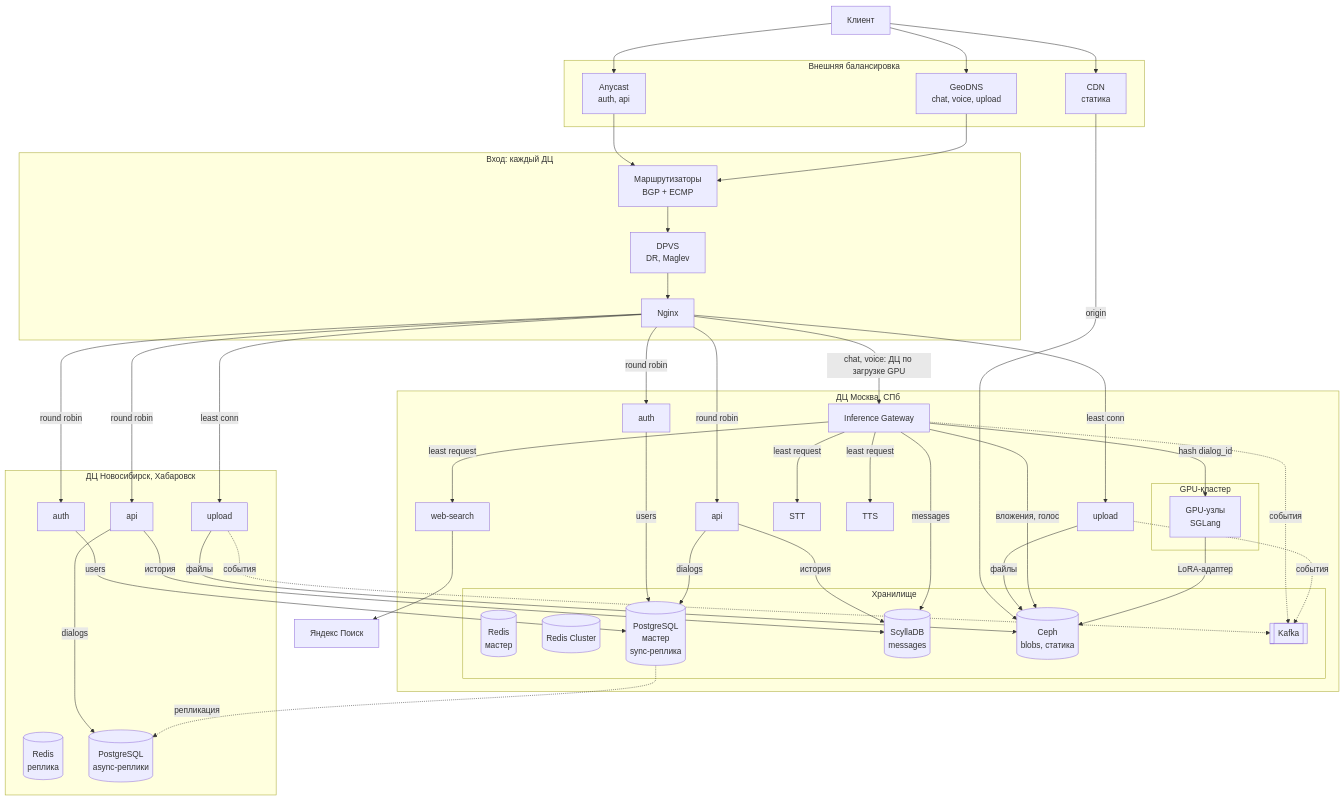
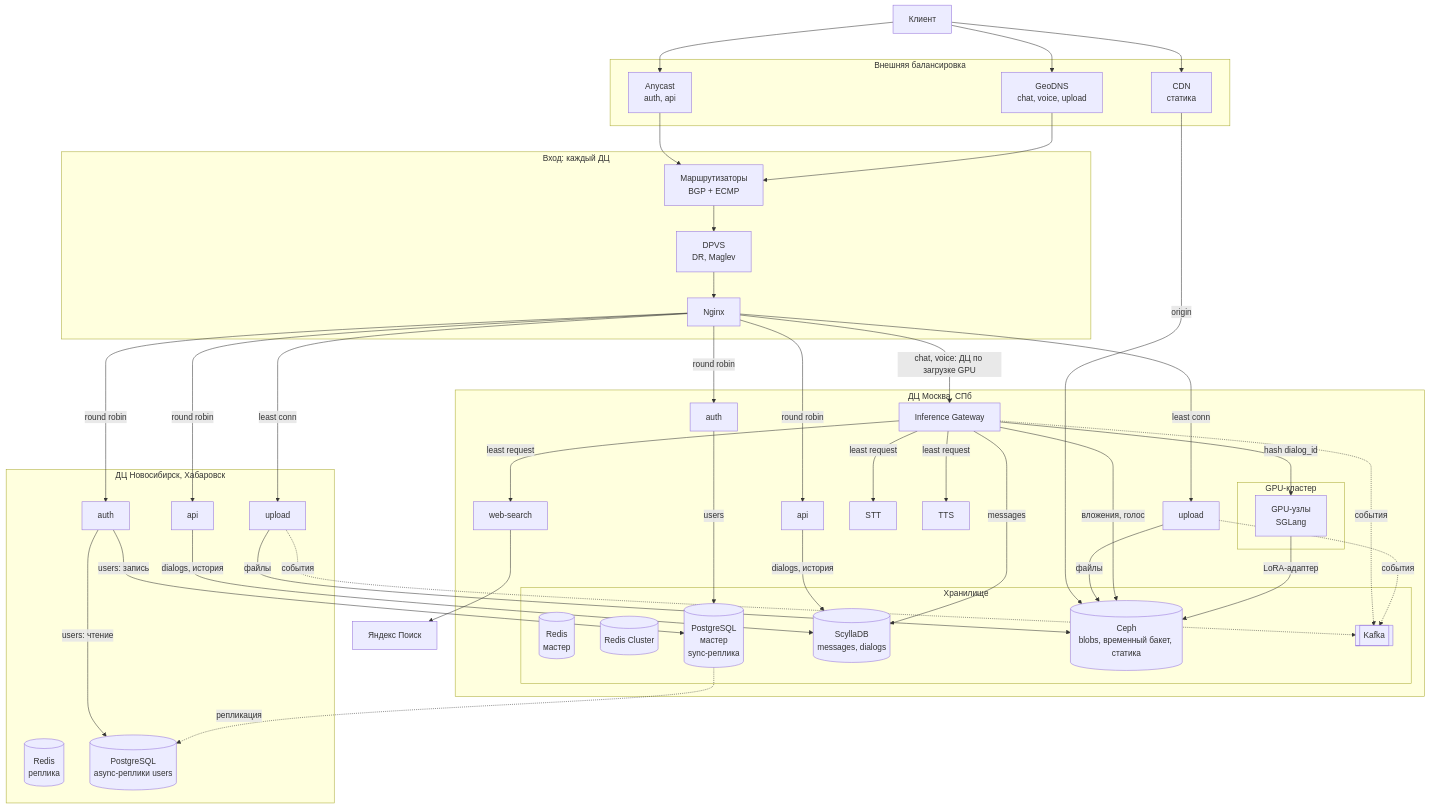
One commit to Nisakoo/Highload-TP changed the fourth of 5 diagrams in README.md. Above: the diagram before and after it, drawn with Mermaid. The commit also changed other lines of this file, not shown here.

````diff
--- a/README.md
+++ b/README.md
@@ -715,73 +945,72 @@
 ```mermaid
 flowchart TB
     C[Клиент]
 
     subgraph EXT[Внешняя балансировка]
         CDN[CDN<br/>статика]
         AC[Anycast<br/>auth, api]
         DNS[GeoDNS<br/>chat, voice, upload]
     end
 
     subgraph IN[Вход: каждый ДЦ]
         R[Маршрутизаторы<br/>BGP + ECMP] --> LB4[DPVS<br/>DR, Maglev] --> LB7[Nginx]
     end
 
     subgraph EDGE[ДЦ Новосибирск, Хабаровск]
         EAUTH[auth]
         EAPI[api]
         EUP[upload]
         ERS[(Redis<br/>реплика)]
-        EPG[(PostgreSQL<br/>async-реплики)]
+        EPG[(PostgreSQL<br/>async-реплики users)]
     end
 
     subgraph CORE[ДЦ Москва, СПб]
         CAUTH[auth]
         CAPI[api]
         CUP[upload]
         GW[Inference Gateway]
         STT[STT]
         TTS[TTS]
         WS[web-search]
         subgraph GPUC[GPU-кластер]
             SG[GPU-узлы<br/>SGLang]
         end
         subgraph STORE[Хранилище]
             RS[(Redis<br/>мастер)]
             RC[(Redis Cluster)]
             PG[(PostgreSQL<br/>мастер<br/>sync-реплика)]
-            SC[(ScyllaDB<br/>messages)]
-            CEPH[(Ceph<br/>blobs, статика)]
+            SC[(ScyllaDB<br/>messages, dialogs)]
+            CEPH[(Ceph<br/>blobs, временный бакет, статика)]
             K[[Kafka]]
         end
     end
 
     YS[Яндекс Поиск]
 
     C --> CDN & AC & DNS
     AC & DNS --> R
     CDN -->|origin| CEPH
 
     LB7 -->|round robin| EAUTH & EAPI & CAUTH & CAPI
     LB7 -->|least conn| EUP & CUP
     LB7 -->|chat, voice: ДЦ по загрузке GPU| GW
 
-    EAUTH -->|users| PG
-    EAPI -->|dialogs| EPG
-    EAPI -->|история| SC
+    EAUTH -->|users: чтение| EPG
+    EAUTH -->|users: запись| PG
+    EAPI -->|dialogs, история| SC
     EUP -->|файлы| CEPH
 
     CAUTH -->|users| PG
-    CAPI -->|dialogs| PG
-    CAPI -->|история| SC
+    CAPI -->|dialogs, история| SC
     CUP -->|файлы| CEPH
 
     GW -->|hash dialog_id| SG
     GW -->|least request| STT & TTS & WS
     WS --> YS
     GW -->|messages| SC
     GW -->|вложения, голос| CEPH
     SG -->|LoRA-адаптер| CEPH
 
     PG -.->|репликация| EPG
     GW & EUP & CUP -.->|события| K
 ```
````
